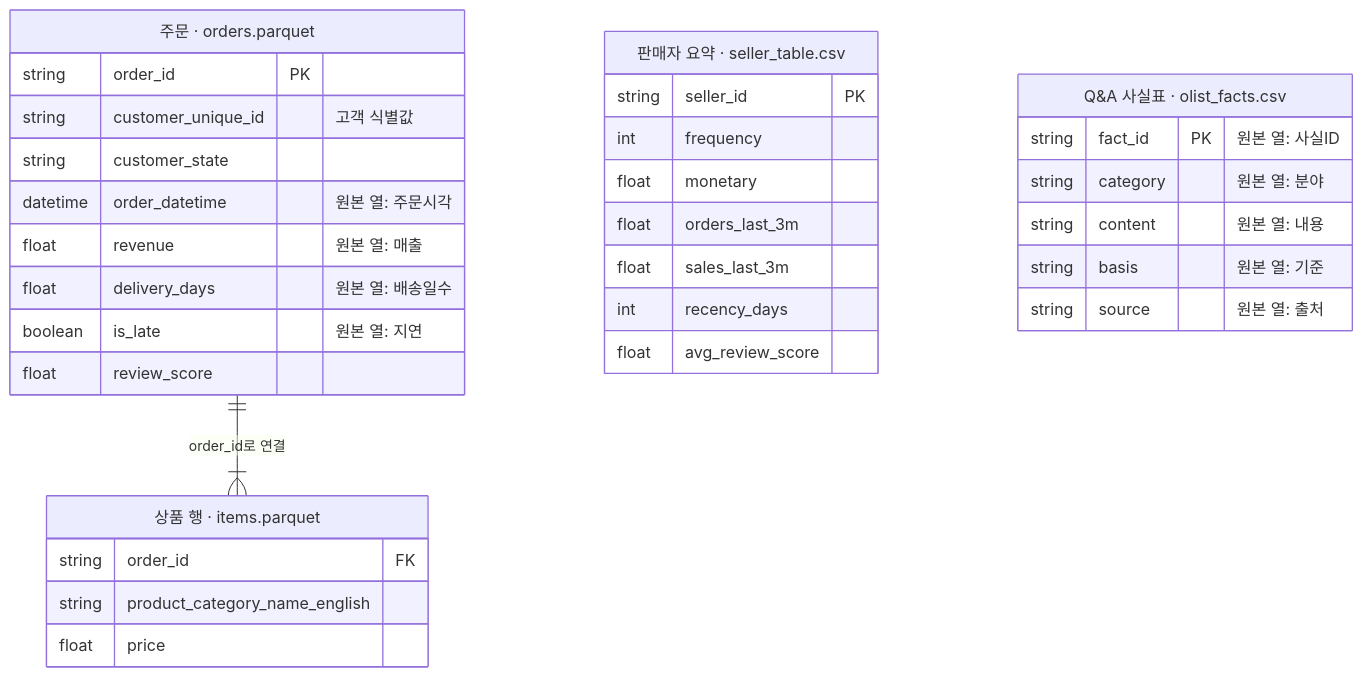
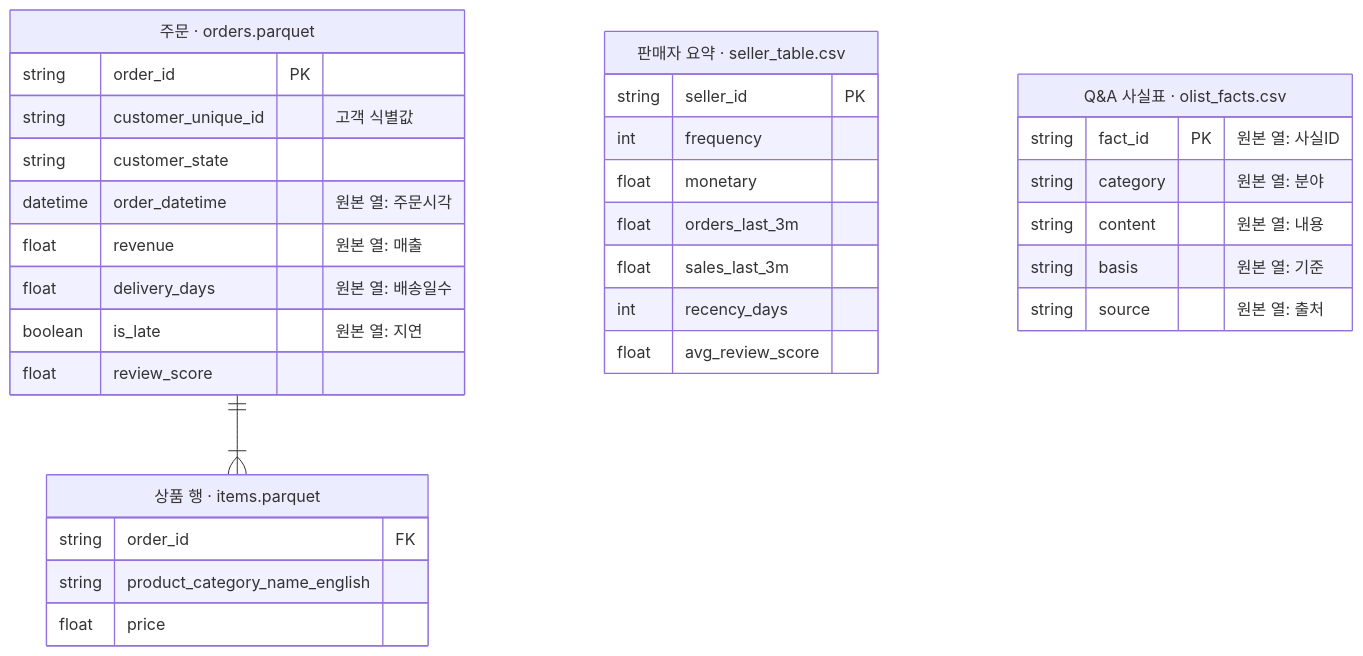
The diagram in README.md (gamzpot96-cell/olist_dashboard), drawn with Mermaid before and after one commit. The commit also changed other lines of this file, not shown here.

Commit message:
docs: ERD 관계 설명을 선 밖으로 분리

````diff
--- a/README.md
+++ b/README.md
@@ -61,40 +63,40 @@
 ```mermaid
 erDiagram
     direction TB
-    ORDERS ||--|{ ITEMS : "order_id로 연결"
+    ORDERS ||--|{ ITEMS : ""
 
     ORDERS["주문 · orders.parquet"] {
         string order_id PK
         string customer_unique_id "고객 식별값"
         string customer_state
         datetime order_datetime "원본 열: 주문시각"
         float revenue "원본 열: 매출"
         float delivery_days "원본 열: 배송일수"
         boolean is_late "원본 열: 지연"
         float review_score
     }
 
     ITEMS["상품 행 · items.parquet"] {
         string order_id FK
         string product_category_name_english
         float price
     }
 
     SELLER_SUMMARY["판매자 요약 · seller_table.csv"] {
         string seller_id PK
         int frequency
         float monetary
         float orders_last_3m
         float sales_last_3m
         int recency_days
         float avg_review_score
     }
 
     FACTS["Q&A 사실표 · olist_facts.csv"] {
         string fact_id PK "원본 열: 사실ID"
         string category "원본 열: 분야"
         string content "원본 열: 내용"
         string basis "원본 열: 기준"
         string source "원본 열: 출처"
     }
 ```
````
